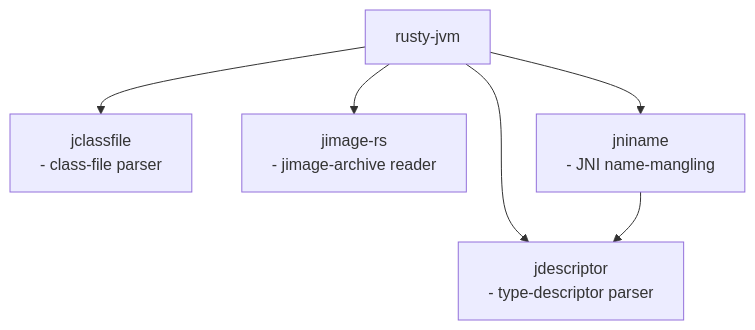
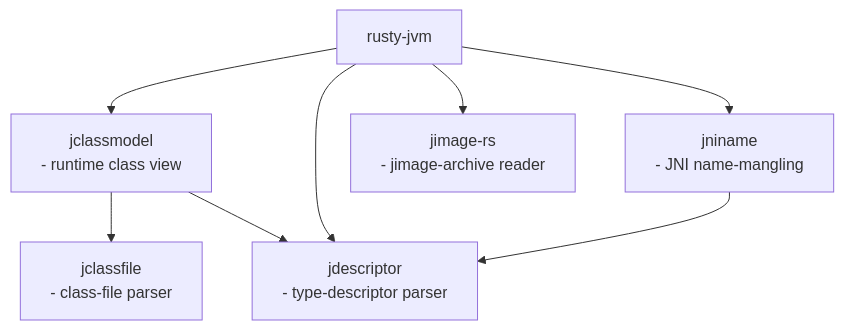
One commit to hextriclosan/rusty-jvm changed the second of 2 diagrams in README.md. Above: the diagram before and after it, drawn with Mermaid. The commit also changed other lines of this file and 27 other files, not shown here.

````diff
--- a/README.md
+++ b/README.md
@@ -80,11 +85,13 @@
 ```mermaid
 graph TD
     JVM["rusty-jvm"]
+    JCM["jclassmodel\n- runtime class view"]
     JCF["jclassfile\n- class-file parser"]
     JD["jdescriptor\n- type-descriptor parser"]
     JI["jimage-rs\n- jimage-archive reader"]
     JN["jniname\n- JNI name-mangling"]
 
-    JVM --> JCF & JD & JI & JN
+    JVM --> JCM & JD & JI & JN
+    JCM --> JCF & JD
     JN --> JD
 ```
````
